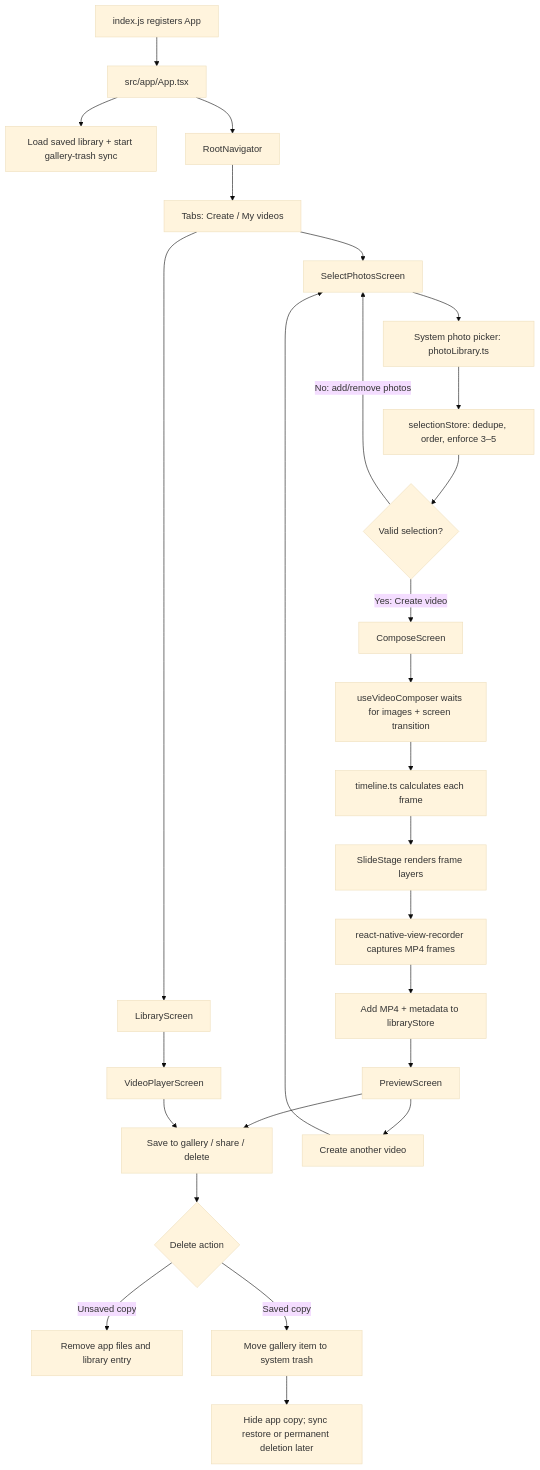
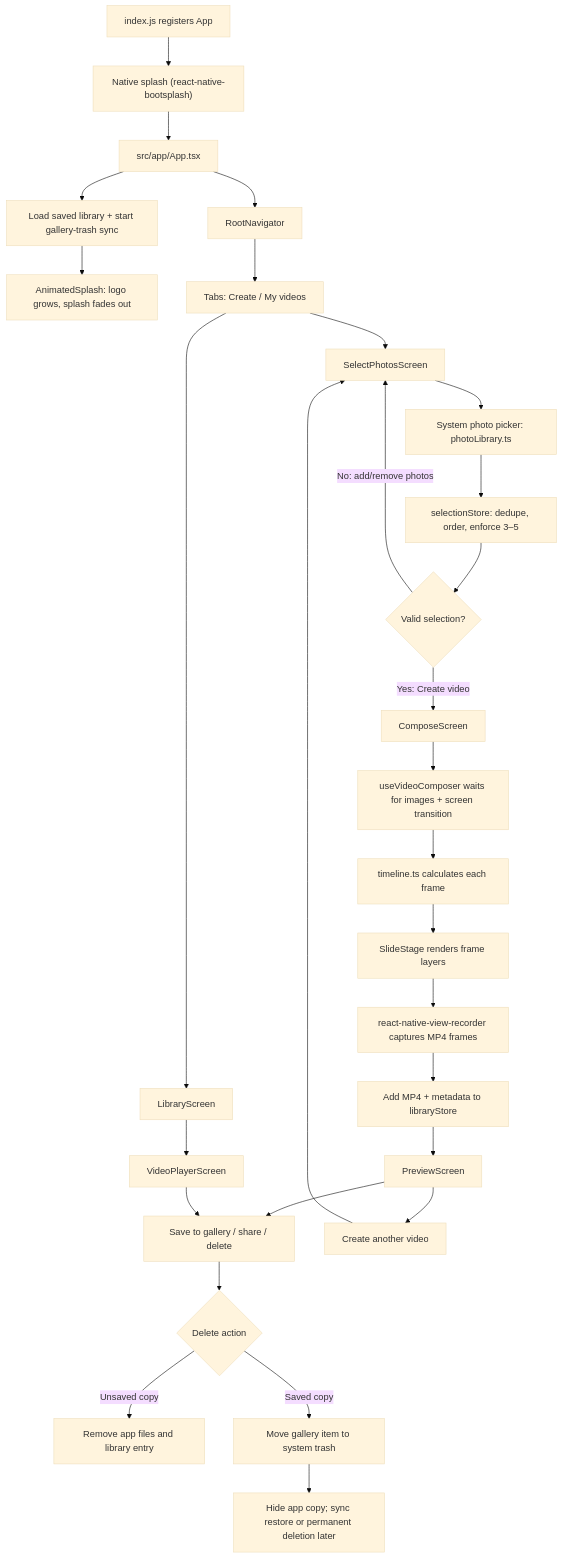
Before and after one commit to neelmalvia/PhotoSequenceVideo: the diagram in docs/PROJECT_GUIDE.md, drawn with Mermaid (base theme). The commit also changed other lines of this file and 1 other file, not shown here.

Commit message:
Document app icon and splash screen setup

````diff
--- a/docs/PROJECT_GUIDE.md
+++ b/docs/PROJECT_GUIDE.md
@@ -40,31 +51,33 @@
 ```mermaid
 flowchart TD
-    A["index.js registers App"] --> B["src/app/App.tsx"]
+    A["index.js registers App"] --> SP["Native splash (react-native-bootsplash)"]
+    SP --> B["src/app/App.tsx"]
     B --> C["Load saved library + start gallery-trash sync"]
+    C --> AS["AnimatedSplash: logo grows, splash fades out"]
     B --> D["RootNavigator"]
     D --> E["Tabs: Create / My videos"]
 
     E --> F["SelectPhotosScreen"]
     F --> G["System photo picker: photoLibrary.ts"]
     G --> H["selectionStore: dedupe, order, enforce 3–5"]
     H --> I{"Valid selection?"}
     I -- "No: add/remove photos" --> F
     I -- "Yes: Create video" --> J["ComposeScreen"]
     J --> K["useVideoComposer waits for images + screen transition"]
     K --> L["timeline.ts calculates each frame"]
     L --> M["SlideStage renders frame layers"]
     M --> N["react-native-view-recorder captures MP4 frames"]
     N --> O["Add MP4 + metadata to libraryStore"]
     O --> P["PreviewScreen"]
 
     P --> Q["Save to gallery / share / delete"]
     P --> R["Create another video"]
     R --> F
     E --> S["LibraryScreen"]
     S --> T["VideoPlayerScreen"]
     T --> Q
     Q --> U{"Delete action"}
     U -- "Unsaved copy" --> V["Remove app files and library entry"]
     U -- "Saved copy" --> W["Move gallery item to system trash"]
     W --> X["Hide app copy; sync restore or permanent deletion later"]
 ```
````
